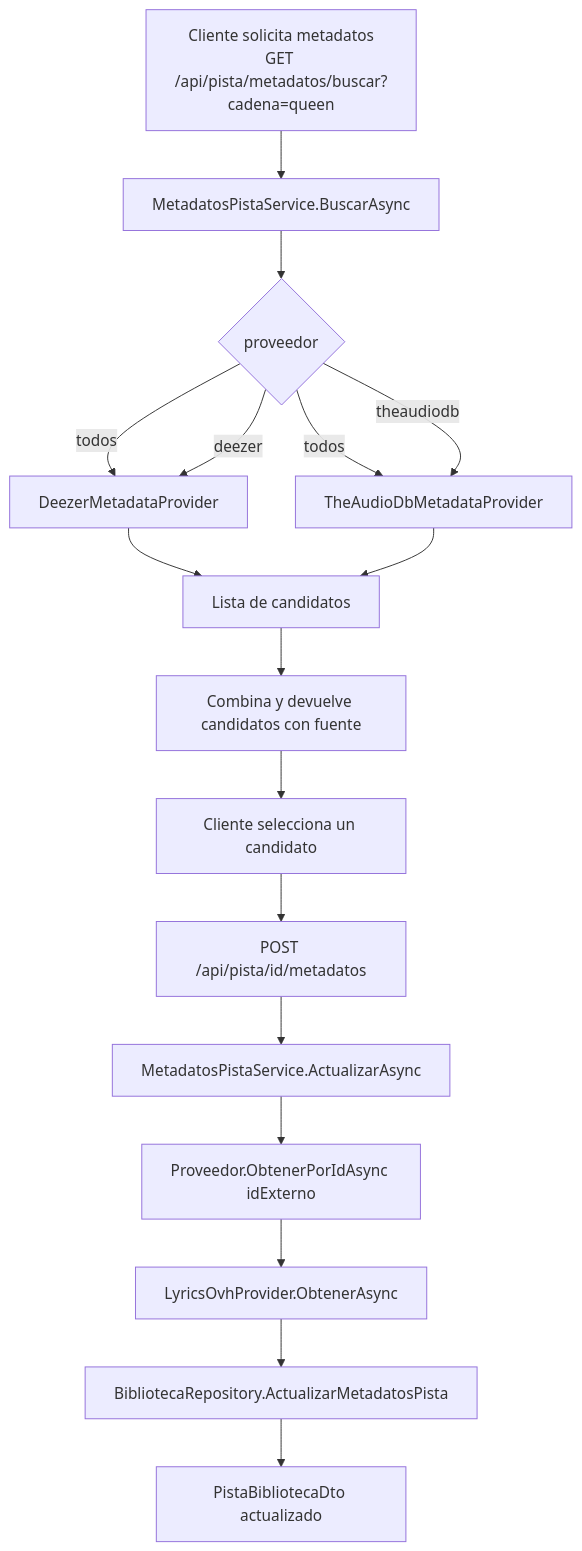
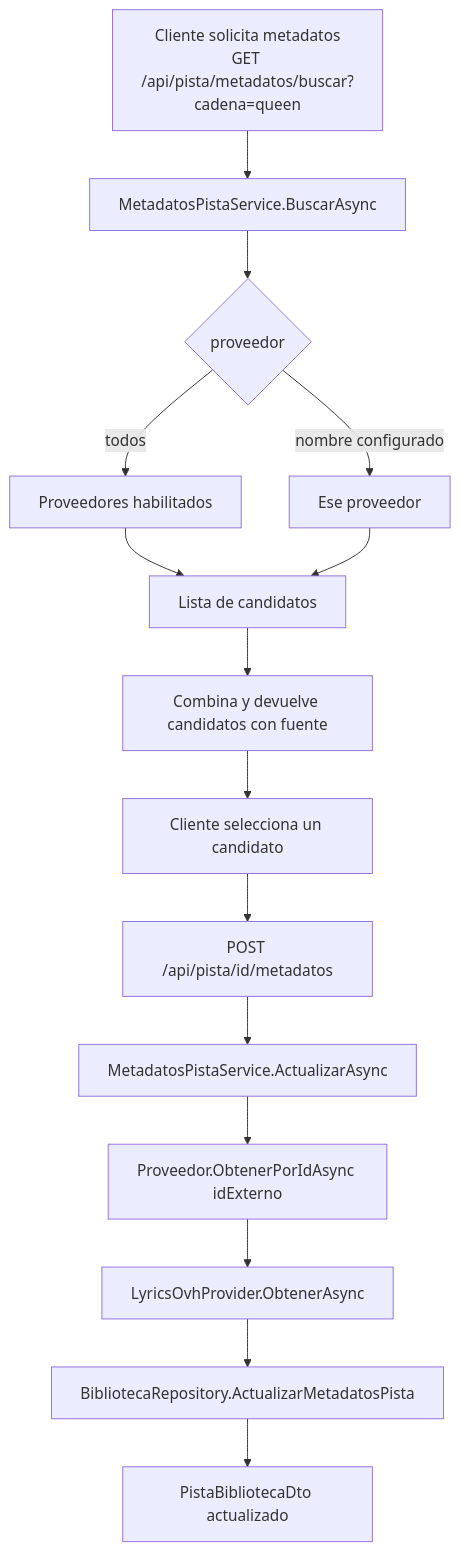
One commit to leonardoburgosd/antara.backend changed the diagram in antara.backend/docs/metadata.md. Above: the diagram before and after it, drawn with Mermaid. The commit also changed other lines of this file and 80 other files, not shown here.

````diff
--- a/antara.backend/docs/metadata.md
+++ b/antara.backend/docs/metadata.md
@@ -5,19 +5,17 @@
 ```mermaid
 flowchart TD
     A[Cliente solicita metadatos\nGET /api/pista/metadatos/buscar?cadena=queen] --> B[MetadatosPistaService.BuscarAsync]
     B --> C{proveedor}
-    C -->|todos| D[DeezerMetadataProvider]
-    C -->|todos| E[TheAudioDbMetadataProvider]
-    C -->|deezer| D
-    C -->|theaudiodb| E
+    C -->|todos| D[Proveedores habilitados]
+    C -->|nombre configurado| E[Ese proveedor]
     D --> F[Lista de candidatos]
     E --> F
     F --> G[Combina y devuelve candidatos con fuente]
     G --> H[Cliente selecciona un candidato]
     H --> I[POST /api/pista/id/metadatos]
     I --> J[MetadatosPistaService.ActualizarAsync]
     J --> K[Proveedor.ObtenerPorIdAsync idExterno]
     K --> L[LyricsOvhProvider.ObtenerAsync]
     L --> M[BibliotecaRepository.ActualizarMetadatosPista]
     M --> N[PistaBibliotecaDto actualizado]
 ```
````
